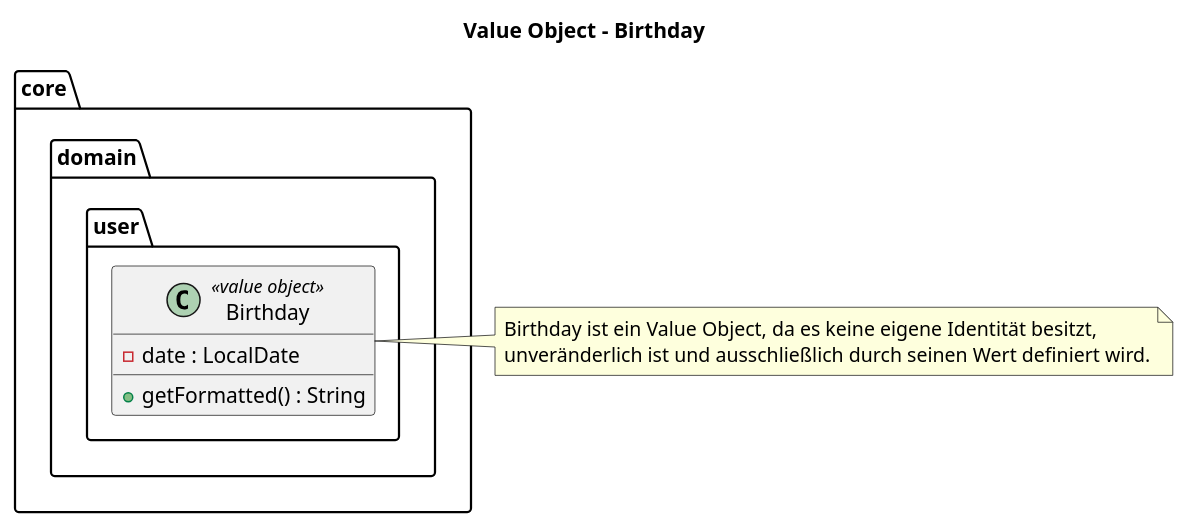
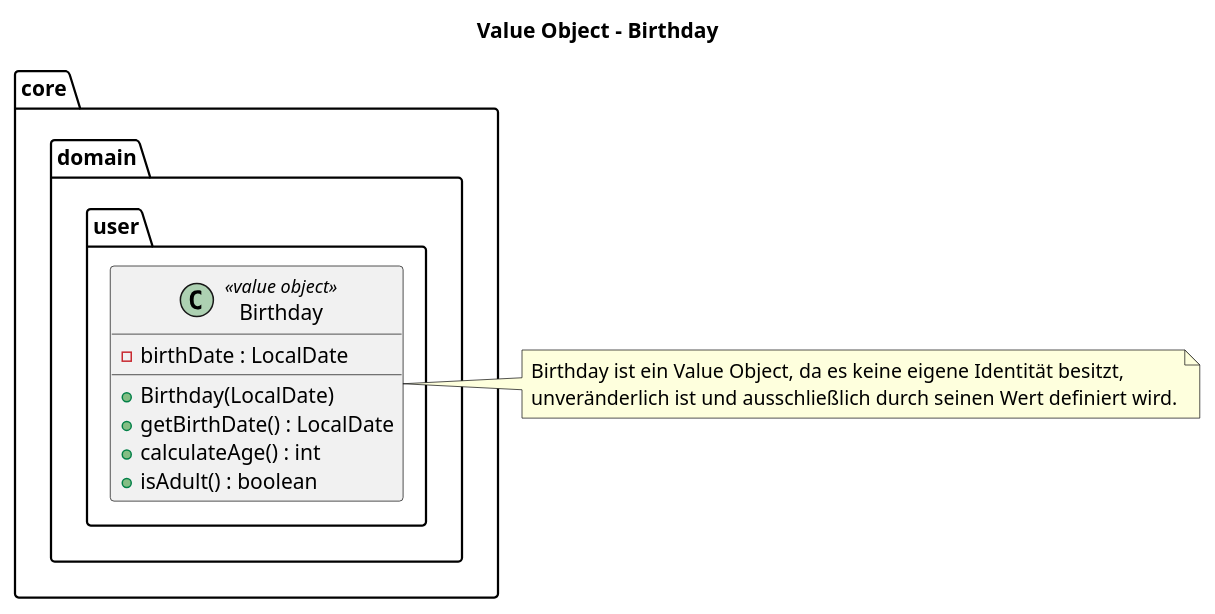
Before and after one commit to NeeroxZ/FitTrackPro_v2: the diagram in protokoll/UML/kapitel6/value_obeject.puml, drawn with PlantUML. The commit also changed 9 other files, not shown here.

```diff
--- a/protokoll/UML/kapitel6/value_obeject.puml
+++ b/protokoll/UML/kapitel6/value_obeject.puml
@@ -1,16 +1,19 @@
 @startuml ValueObject_Birthday
 title Value Object – Birthday
 
 package "core.domain.user" {
   class Birthday <<value object>> {
-    - date : LocalDate
-    + getFormatted() : String
+    - birthDate : LocalDate
+    + Birthday(LocalDate)
+    + getBirthDate() : LocalDate
+    + calculateAge() : int
+    + isAdult() : boolean
   }
 }
 
 note right of Birthday
   Birthday ist ein Value Object, da es keine eigene Identität besitzt,
   unveränderlich ist und ausschließlich durch seinen Wert definiert wird.
 end note
 
 @enduml
```
